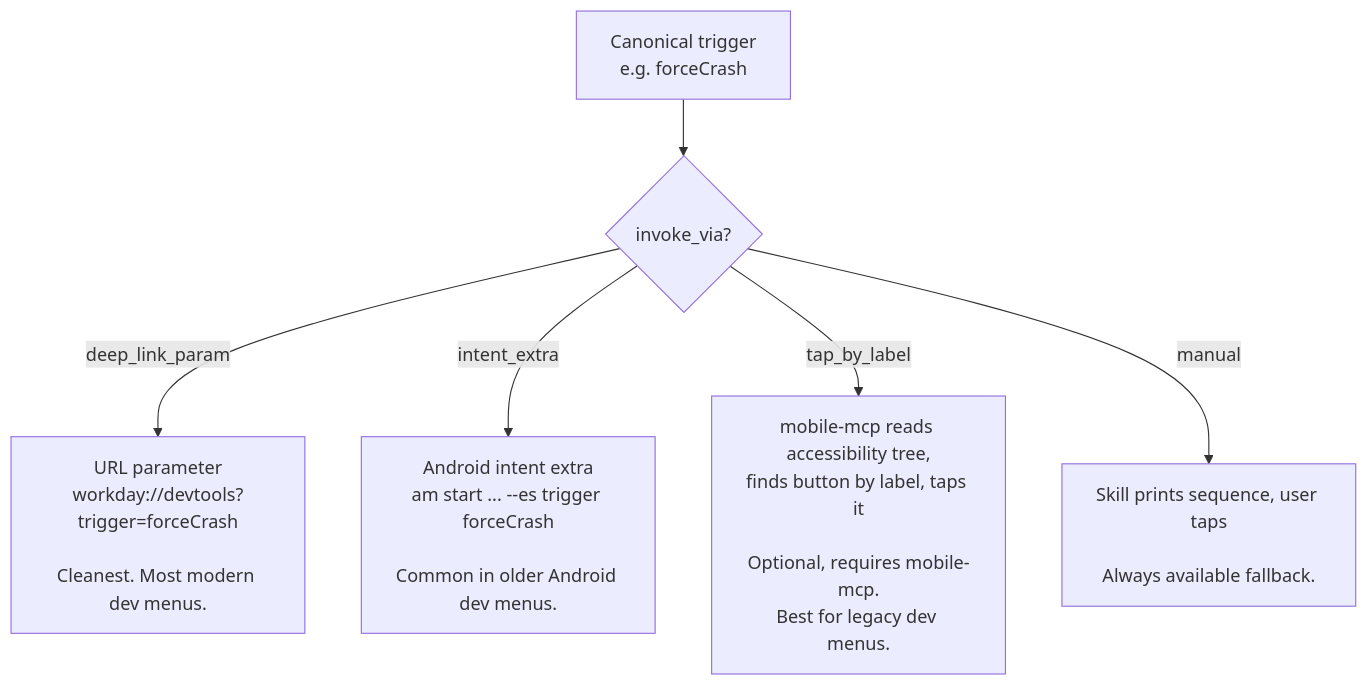
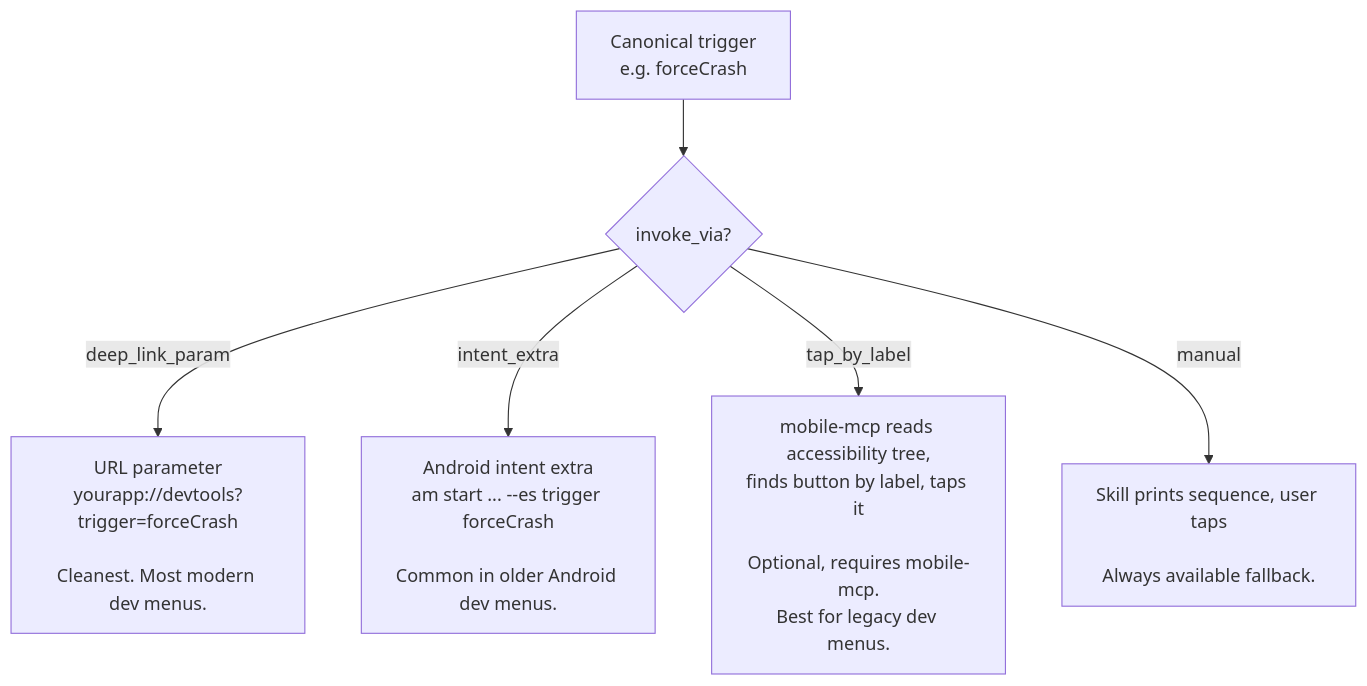
Before and after one commit to luciqai/agent-skills: the fourth of 6 diagrams in plugins/luciq-skills/skills/luciq-verify/README.md, drawn with Mermaid. The commit also changed other lines of this file and 5 other files, not shown here.

````diff
--- a/plugins/luciq-skills/skills/luciq-verify/README.md
+++ b/plugins/luciq-skills/skills/luciq-verify/README.md
@@ -151,8 +151,8 @@
 ```mermaid
 flowchart TD
     Trig[Canonical trigger<br/>e.g. forceCrash] --> Choice{invoke_via?}
-    Choice -->|deep_link_param| DL["URL parameter<br/>workday://devtools?trigger=forceCrash<br/><br/>Cleanest. Most modern dev menus."]
+    Choice -->|deep_link_param| DL["URL parameter<br/>yourapp://devtools?trigger=forceCrash<br/><br/>Cleanest. Most modern dev menus."]
     Choice -->|intent_extra| IE["Android intent extra<br/>am start ... --es trigger forceCrash<br/><br/>Common in older Android dev menus."]
     Choice -->|tap_by_label| TBL["mobile-mcp reads accessibility tree,<br/>finds button by label, taps it<br/><br/>Optional, requires mobile-mcp.<br/>Best for legacy dev menus."]
     Choice -->|manual| MAN["Skill prints sequence, user taps<br/><br/>Always available fallback."]
 ```
````
